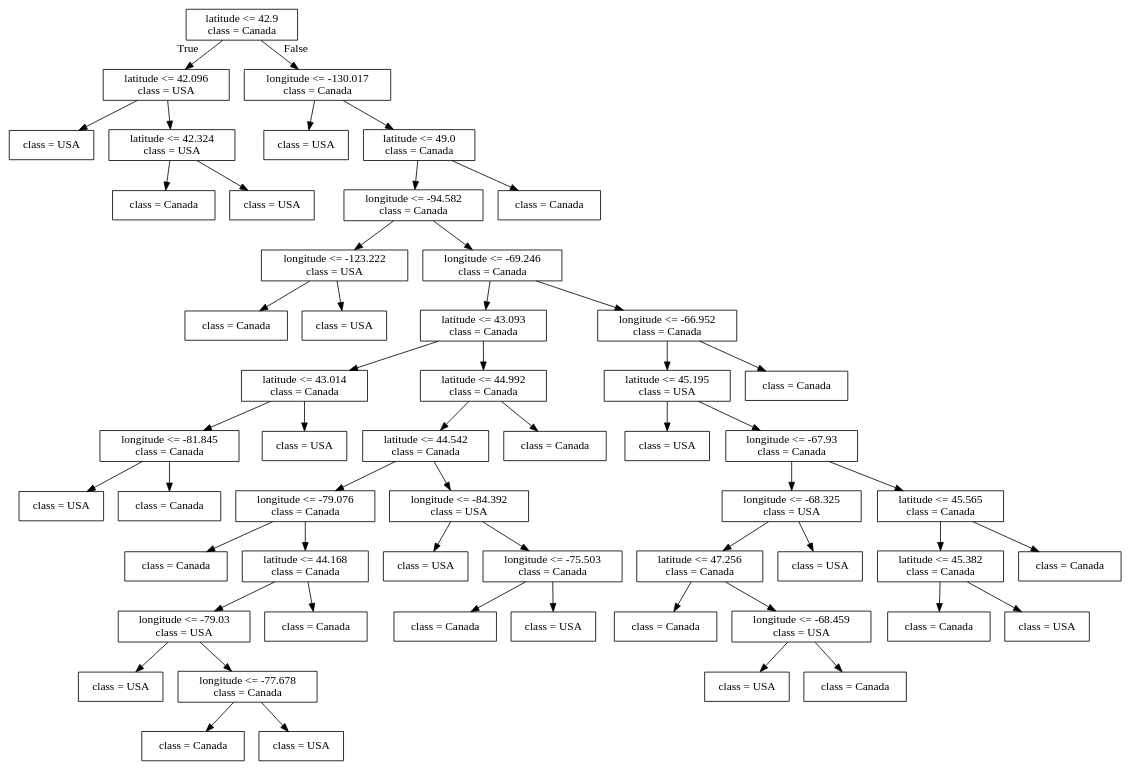
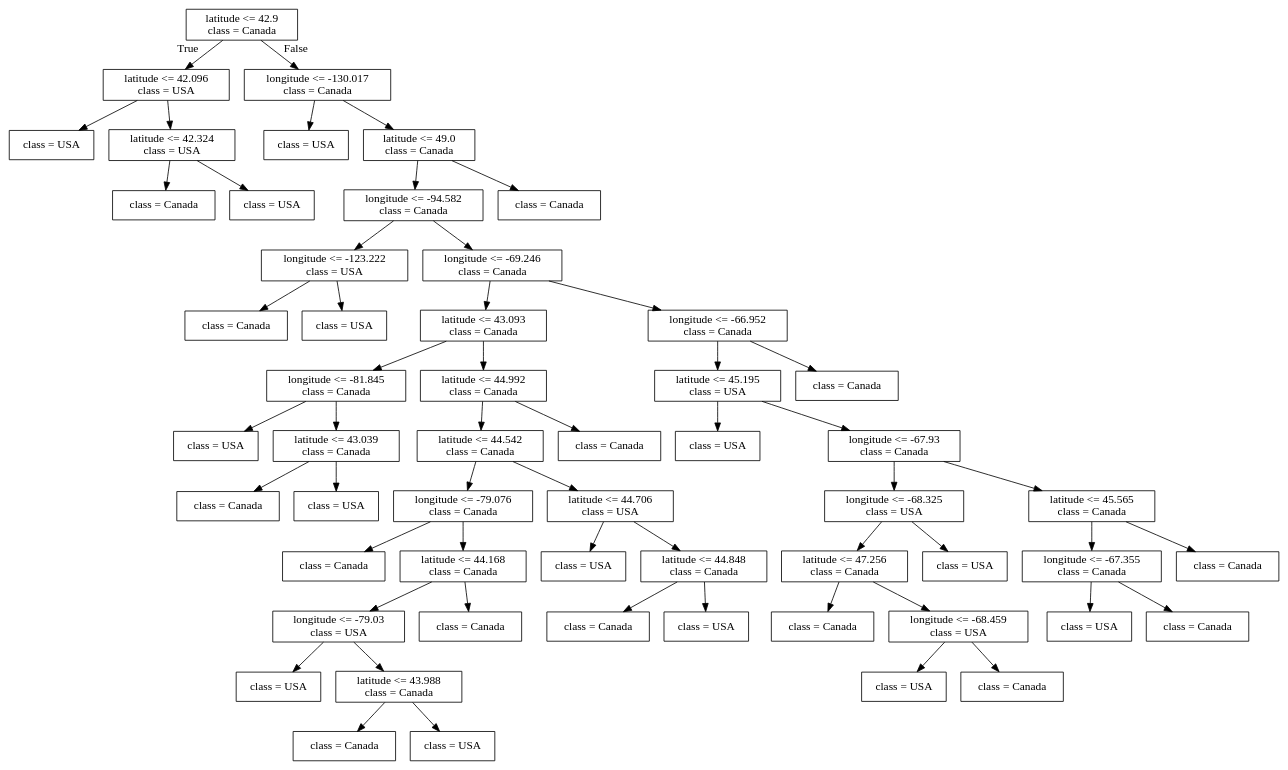
The diagram in lectures/Source.gv (bait509-ubc/BAIT509), drawn with Graphviz before and after one commit. The commit also changed 55 other files, not shown here.

```diff
--- a/lectures/Source.gv
+++ b/lectures/Source.gv
@@ -1,112 +1,112 @@
 digraph Tree {
 node [shape=box] ;
 0 [label="latitude <= 42.9\nclass = Canada"] ;
 1 [label="latitude <= 42.096\nclass = USA"] ;
 0 -> 1 [labeldistance=2.5, labelangle=45, headlabel="True"] ;
 2 [label="class = USA"] ;
 1 -> 2 ;
 3 [label="latitude <= 42.324\nclass = USA"] ;
 1 -> 3 ;
 4 [label="class = Canada"] ;
 3 -> 4 ;
 5 [label="class = USA"] ;
 3 -> 5 ;
 6 [label="longitude <= -130.017\nclass = Canada"] ;
 0 -> 6 [labeldistance=2.5, labelangle=-45, headlabel="False"] ;
 7 [label="class = USA"] ;
 6 -> 7 ;
 8 [label="latitude <= 49.0\nclass = Canada"] ;
 6 -> 8 ;
 9 [label="longitude <= -94.582\nclass = Canada"] ;
 8 -> 9 ;
 10 [label="longitude <= -123.222\nclass = USA"] ;
 9 -> 10 ;
 11 [label="class = Canada"] ;
 10 -> 11 ;
 12 [label="class = USA"] ;
 10 -> 12 ;
 13 [label="longitude <= -69.246\nclass = Canada"] ;
 9 -> 13 ;
 14 [label="latitude <= 43.093\nclass = Canada"] ;
 13 -> 14 ;
-15 [label="latitude <= 43.014\nclass = Canada"] ;
+15 [label="longitude <= -81.845\nclass = Canada"] ;
 14 -> 15 ;
-16 [label="longitude <= -81.845\nclass = Canada"] ;
+16 [label="class = USA"] ;
 15 -> 16 ;
-17 [label="class = USA"] ;
-16 -> 17 ;
+17 [label="latitude <= 43.039\nclass = Canada"] ;
+15 -> 17 ;
 18 [label="class = Canada"] ;
-16 -> 18 ;
+17 -> 18 ;
 19 [label="class = USA"] ;
-15 -> 19 ;
+17 -> 19 ;
 20 [label="latitude <= 44.992\nclass = Canada"] ;
 14 -> 20 ;
 21 [label="latitude <= 44.542\nclass = Canada"] ;
 20 -> 21 ;
 22 [label="longitude <= -79.076\nclass = Canada"] ;
 21 -> 22 ;
 23 [label="class = Canada"] ;
 22 -> 23 ;
 24 [label="latitude <= 44.168\nclass = Canada"] ;
 22 -> 24 ;
 25 [label="longitude <= -79.03\nclass = USA"] ;
 24 -> 25 ;
 26 [label="class = USA"] ;
 25 -> 26 ;
-27 [label="longitude <= -77.678\nclass = Canada"] ;
+27 [label="latitude <= 43.988\nclass = Canada"] ;
 25 -> 27 ;
 28 [label="class = Canada"] ;
 27 -> 28 ;
 29 [label="class = USA"] ;
 27 -> 29 ;
 30 [label="class = Canada"] ;
 24 -> 30 ;
-31 [label="longitude <= -84.392\nclass = USA"] ;
+31 [label="latitude <= 44.706\nclass = USA"] ;
 21 -> 31 ;
 32 [label="class = USA"] ;
 31 -> 32 ;
-33 [label="longitude <= -75.503\nclass = Canada"] ;
+33 [label="latitude <= 44.848\nclass = Canada"] ;
 31 -> 33 ;
 34 [label="class = Canada"] ;
 33 -> 34 ;
 35 [label="class = USA"] ;
 33 -> 35 ;
 36 [label="class = Canada"] ;
 20 -> 36 ;
 37 [label="longitude <= -66.952\nclass = Canada"] ;
 13 -> 37 ;
 38 [label="latitude <= 45.195\nclass = USA"] ;
 37 -> 38 ;
 39 [label="class = USA"] ;
 38 -> 39 ;
 40 [label="longitude <= -67.93\nclass = Canada"] ;
 38 -> 40 ;
 41 [label="longitude <= -68.325\nclass = USA"] ;
 40 -> 41 ;
 42 [label="latitude <= 47.256\nclass = Canada"] ;
 41 -> 42 ;
 43 [label="class = Canada"] ;
 42 -> 43 ;
 44 [label="longitude <= -68.459\nclass = USA"] ;
 42 -> 44 ;
 45 [label="class = USA"] ;
 44 -> 45 ;
 46 [label="class = Canada"] ;
 44 -> 46 ;
 47 [label="class = USA"] ;
 41 -> 47 ;
 48 [label="latitude <= 45.565\nclass = Canada"] ;
 40 -> 48 ;
-49 [label="latitude <= 45.382\nclass = Canada"] ;
+49 [label="longitude <= -67.355\nclass = Canada"] ;
 48 -> 49 ;
-50 [label="class = Canada"] ;
+50 [label="class = USA"] ;
 49 -> 50 ;
-51 [label="class = USA"] ;
+51 [label="class = Canada"] ;
 49 -> 51 ;
 52 [label="class = Canada"] ;
 48 -> 52 ;
 53 [label="class = Canada"] ;
 37 -> 53 ;
 54 [label="class = Canada"] ;
 8 -> 54 ;
 }
```
